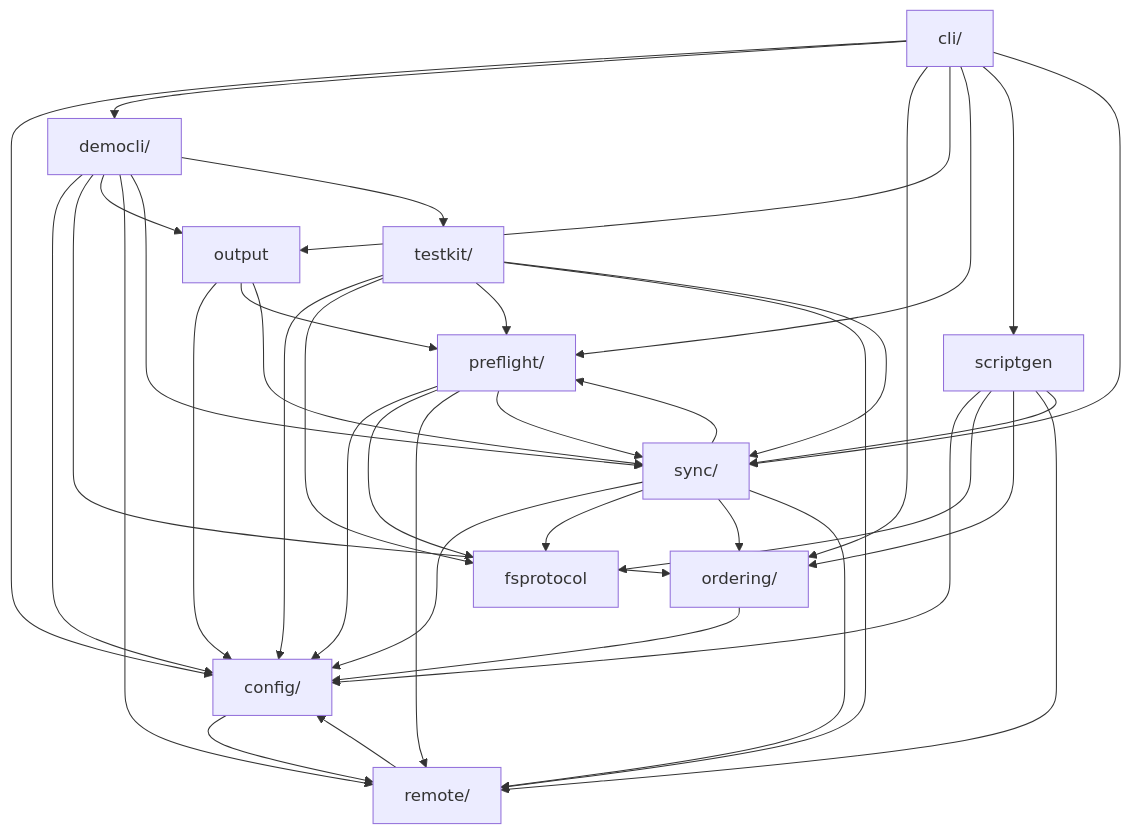
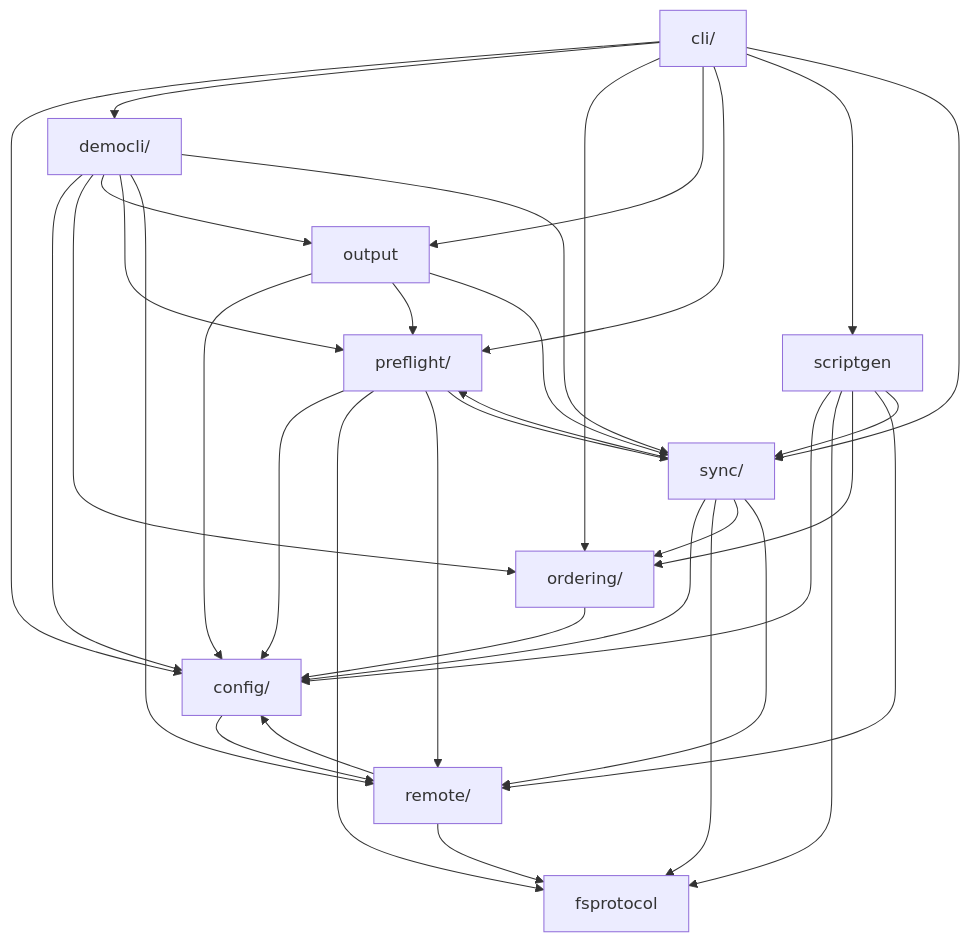
The first of 2 diagrams in docs/architecture.md (iglootools/nbkp), drawn with Mermaid before and after one commit. The commit also changed 30 other files, not shown here.

````diff
--- a/docs/architecture.md
+++ b/docs/architecture.md
@@ -7,53 +7,48 @@
 ```mermaid
 graph TD
     cli["cli/"]
     config["config/"]
     democli["democli/"]
     fsprotocol["fsprotocol"]
     ordering["ordering/"]
     output["output"]
     preflight["preflight/"]
     remote["remote/"]
     scriptgen["scriptgen"]
     sync["sync/"]
-    testkit["testkit/"]
 
     cli --> config
     cli --> democli
     cli --> ordering
     cli --> output
     cli --> preflight
     cli --> scriptgen
     cli --> sync
     config --> remote
     democli --> config
     democli --> ordering
     democli --> output
+    democli --> preflight
     democli --> remote
     democli --> sync
-    democli --> testkit
     ordering --> config
     output --> config
     output --> preflight
     output --> sync
     preflight --> config
     preflight --> fsprotocol
     preflight --> remote
     preflight --> sync
     remote --> config
+    remote --> fsprotocol
     scriptgen --> config
     scriptgen --> fsprotocol
     scriptgen --> ordering
     scriptgen --> remote
     scriptgen --> sync
     sync --> config
     sync --> fsprotocol
     sync --> ordering
     sync --> preflight
     sync --> remote
-    testkit --> config
-    testkit --> fsprotocol
-    testkit --> preflight
-    testkit --> remote
-    testkit --> sync
 ```
````
